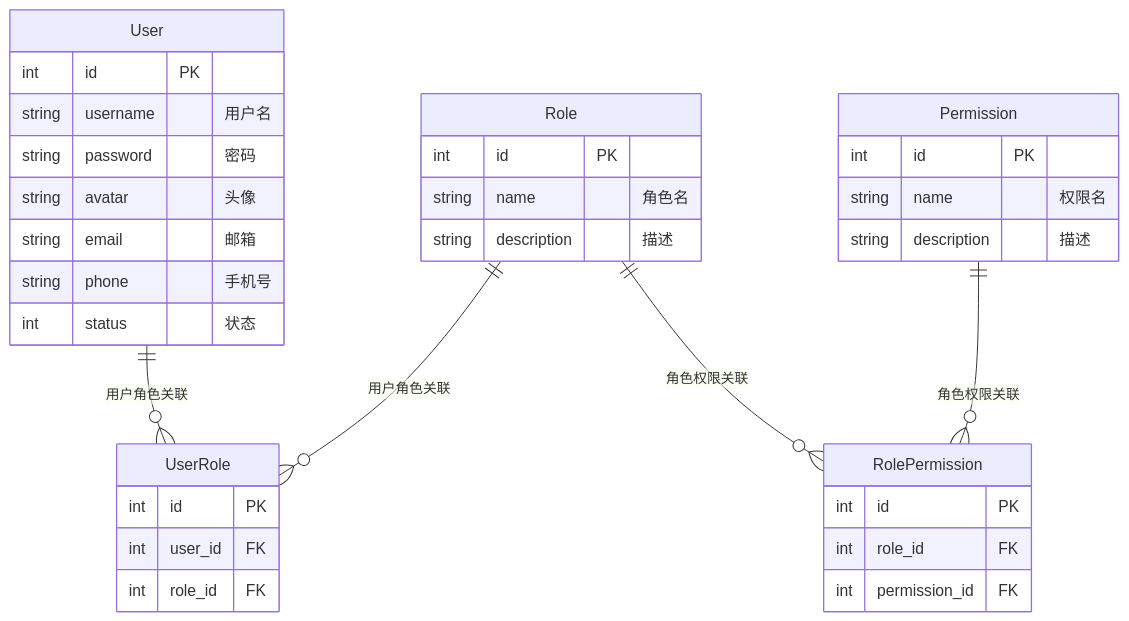
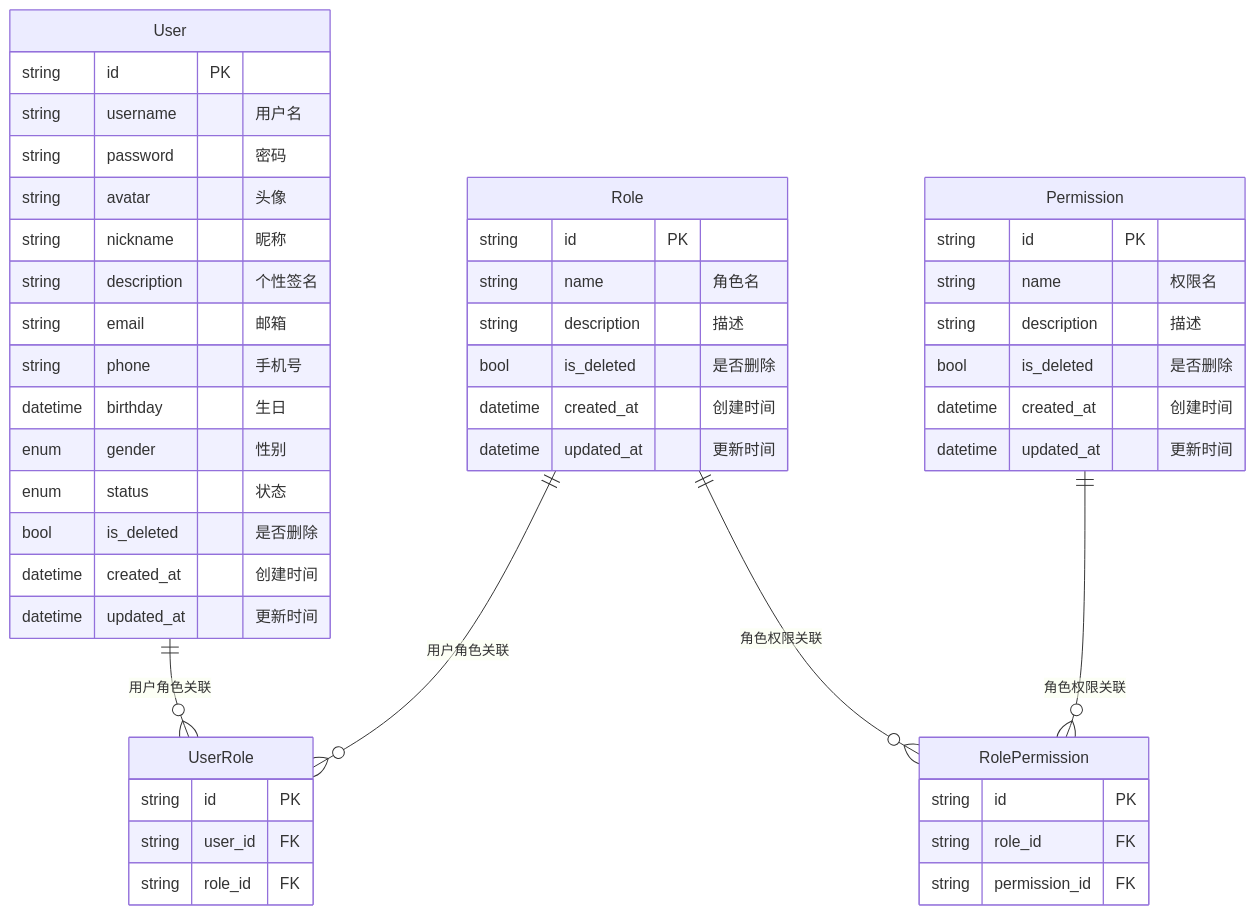
The first of 4 diagrams in docs/2.model.md (summer-like-coding/chat-system), drawn with Mermaid before and after one commit. The commit also changed other lines of this file and 5 other files, not shown here.

````diff
--- a/docs/2.model.md
+++ b/docs/2.model.md
@@ -5,41 +5,54 @@
 ```mermaid
 erDiagram
 Role ||--o{ UserRole : "用户角色关联"
 User ||--o{ UserRole : "用户角色关联"
 Permission ||--o{ RolePermission : "角色权限关联"
 Role ||--o{ RolePermission : "角色权限关联"
 
 User {
-  int id PK
+  string id PK
   string username "用户名"
   string password "密码"
   string avatar "头像"
+  string nickname "昵称"
+  string description "个性签名"
   string email "邮箱"
   string phone "手机号"
-  int status "状态"
+  datetime birthday "生日"
+  enum gender "性别"
+  enum status "状态"
+  bool is_deleted "是否删除"
+  datetime created_at "创建时间"
+  datetime updated_at "更新时间"
 }
 
 Role {
-  int id PK
+  string id PK
   string name "角色名"
   string description "描述"
+  bool is_deleted "是否删除"
+  datetime created_at "创建时间"
+  datetime updated_at "更新时间"
 }
 
 UserRole {
-  int id PK
-  int user_id FK
-  int role_id FK
+  string id PK
+  string user_id FK
+  string role_id FK
 }
 
 Permission {
-  int id PK
+  string id PK
   string name "权限名"
   string description "描述"
+  bool is_deleted "是否删除"
+  datetime created_at "创建时间"
+  datetime updated_at "更新时间"
 }
 
 RolePermission {
-  int id PK
-  int role_id FK
-  int permission_id FK
+  string id PK
+  string role_id FK
+  string permission_id FK
 }
 ```
````
